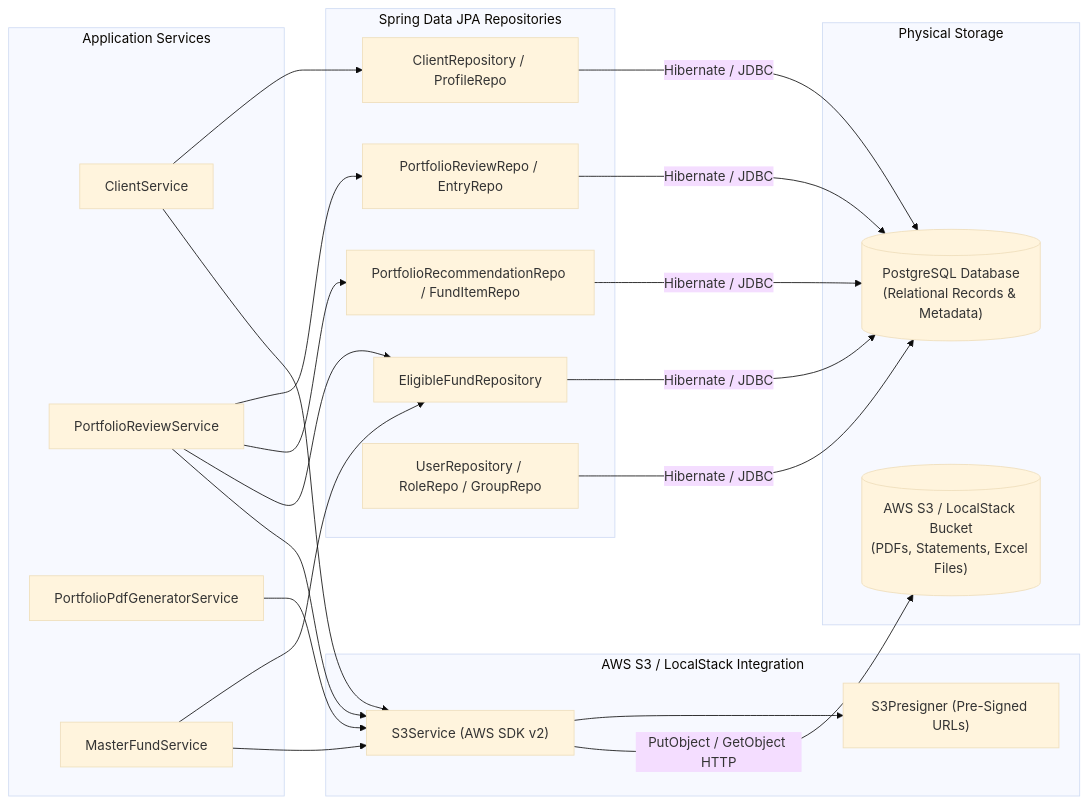
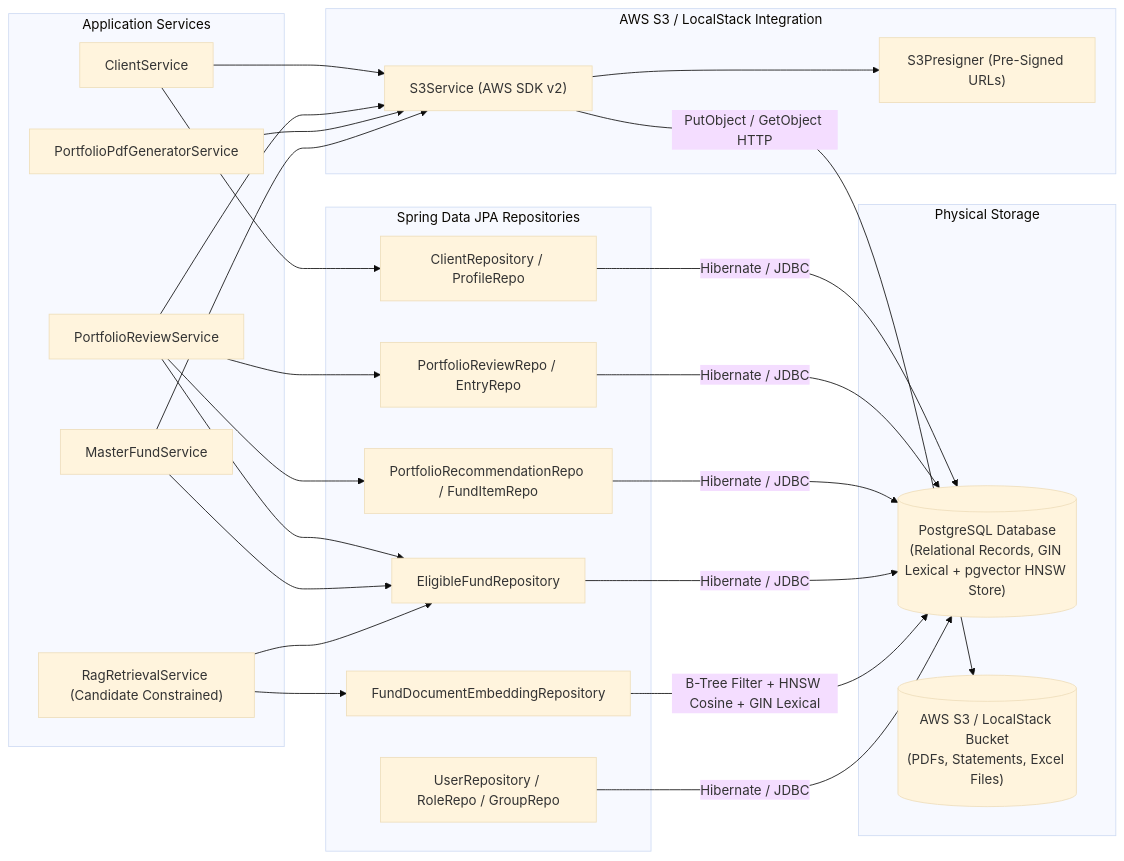
One commit to NatsuDrag9/wealth-tech-crm changed the fourth of 32 diagrams in docs/Uml_Diagrams.md. Above: the diagram before and after it, drawn with Mermaid (base theme). The commit also changed other lines of this file and 4 other files, not shown here.

Commit message:
docs(rag): specify RAG pipeline flows, UML diagrams, and draft architecture

````diff
--- a/docs/Uml_Diagrams.md
+++ b/docs/Uml_Diagrams.md
@@ -91,45 +91,50 @@
 ```mermaid
 flowchart LR
     subgraph Services["Application Services"]
         CS["ClientService"]
         PRS["PortfolioReviewService"]
         PDF["PortfolioPdfGeneratorService"]
         MFS["MasterFundService"]
+        RAG["RagRetrievalService (Candidate Constrained)"]
     end
 
     subgraph Repos["Spring Data JPA Repositories"]
         CR["ClientRepository / ProfileRepo"]
         PRR["PortfolioReviewRepo / EntryRepo"]
         RR["PortfolioRecommendationRepo / FundItemRepo"]
         EFR["EligibleFundRepository"]
+        FDER["FundDocumentEmbeddingRepository"]
         UR["UserRepository / RoleRepo / GroupRepo"]
     end
 
     subgraph CloudInfra["AWS S3 / LocalStack Integration"]
         S3S["S3Service (AWS SDK v2)"]
         Presigner["S3Presigner (Pre-Signed URLs)"]
     end
 
     subgraph Storage["Physical Storage"]
-        Postgres[("PostgreSQL Database<br/>(Relational Records & Metadata)")]
+        Postgres[("PostgreSQL Database<br/>(Relational Records, GIN Lexical + pgvector HNSW Store)")]
         S3Bucket[("AWS S3 / LocalStack Bucket<br/>(PDFs, Statements, Excel Files)")]
     end
 
     CS --> CR
     CS --> S3S
     PRS --> PRR
     PRS --> RR
     PRS --> EFR
     PRS --> S3S
     PDF --> S3S
     MFS --> EFR
     MFS --> S3S
+    RAG --> EFR
+    RAG --> FDER
     S3S --> Presigner
 
     CR -->|"Hibernate / JDBC"| Postgres
     PRR -->|"Hibernate / JDBC"| Postgres
     RR -->|"Hibernate / JDBC"| Postgres
     EFR -->|"Hibernate / JDBC"| Postgres
+    FDER -->|"B-Tree Filter + HNSW Cosine + GIN Lexical"| Postgres
     UR -->|"Hibernate / JDBC"| Postgres
     S3S -->|"PutObject / GetObject HTTP"| S3Bucket
 ```
````
